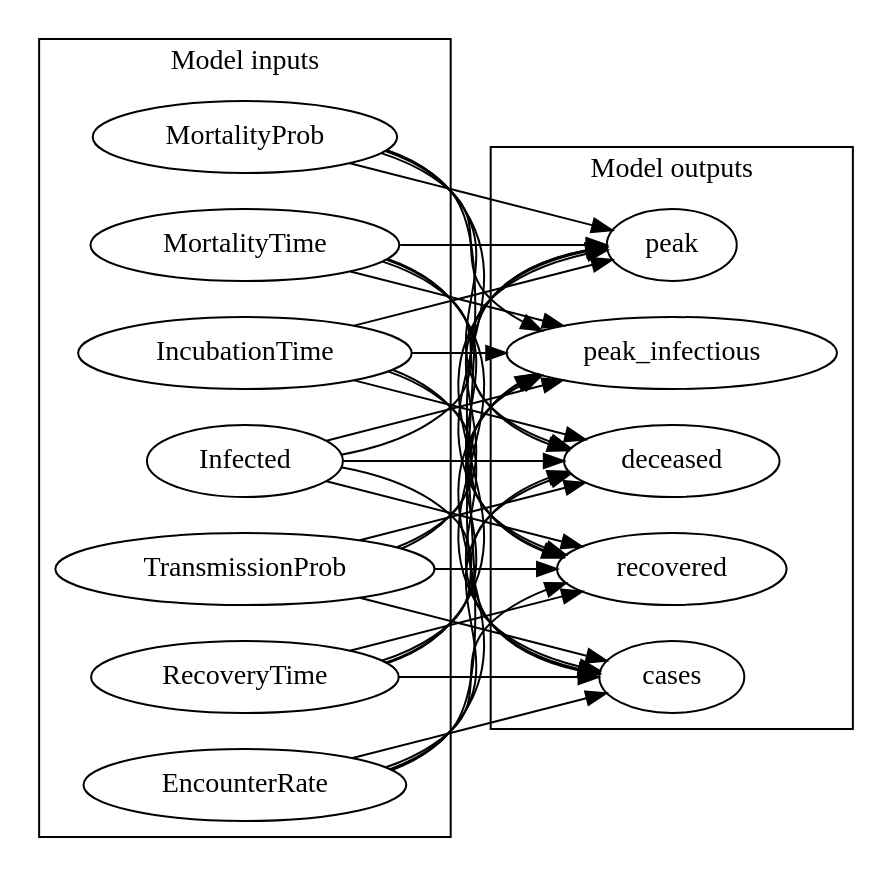
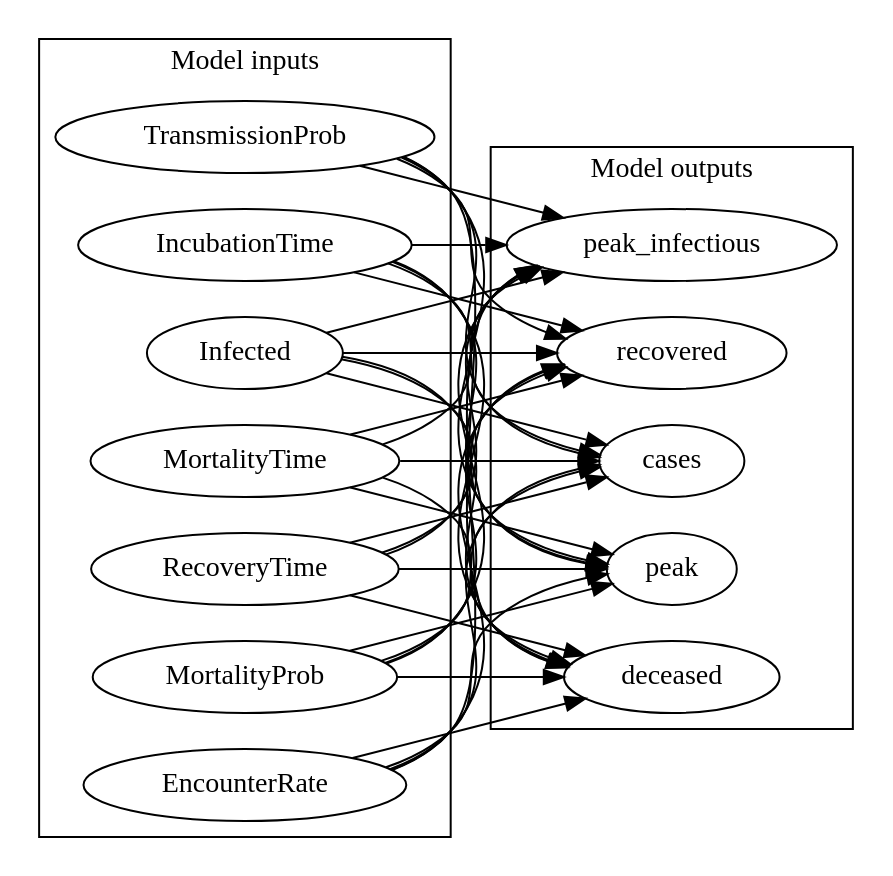
The diagram in scenarios/influenza1918/dags/influenza1918_abstract.dot (CITCOM-project/causcumber), drawn with Graphviz before and after one commit. The commit also changed other lines of this file and 15 other files, not shown here.

```diff
--- a/scenarios/influenza1918/dags/influenza1918_abstract.dot
+++ b/scenarios/influenza1918/dags/influenza1918_abstract.dot
@@ -1,58 +1,58 @@
 digraph "" {
 	graph [newrank=True,
 		rankdir=LR
 	];
-	subgraph cluster_inputs {
-		graph [label="Model inputs"];
-		TransmissionProb;
-		RecoveryTime;
-		EncounterRate;
-		MortalityProb;
-		MortalityTime;
-		IncubationTime;
-		Infected;
-	}
 	subgraph cluster_outputs {
 		graph [label="Model outputs"];
+		deceased;
+		peak_infectious;
 		recovered;
 		cases;
 		peak;
-		peak_infectious;
-		deceased;
 	}
+	subgraph cluster_inputs {
+		graph [label="Model inputs"];
+		RecoveryTime;
+		MortalityProb;
+		EncounterRate;
+		TransmissionProb;
+		IncubationTime;
+		Infected;
+		MortalityTime;
+	}
+	RecoveryTime -> deceased;
+	RecoveryTime -> peak_infectious;
+	RecoveryTime -> recovered;
+	RecoveryTime -> cases;
+	RecoveryTime -> peak;
+	MortalityProb -> deceased;
+	MortalityProb -> peak_infectious;
+	MortalityProb -> recovered;
+	MortalityProb -> cases;
+	MortalityProb -> peak;
+	EncounterRate -> deceased;
+	EncounterRate -> peak_infectious;
+	EncounterRate -> recovered;
+	EncounterRate -> cases;
+	EncounterRate -> peak;
+	TransmissionProb -> deceased;
+	TransmissionProb -> peak_infectious;
 	TransmissionProb -> recovered;
 	TransmissionProb -> cases;
 	TransmissionProb -> peak;
-	TransmissionProb -> peak_infectious;
-	TransmissionProb -> deceased;
-	RecoveryTime -> recovered;
-	RecoveryTime -> cases;
-	RecoveryTime -> peak;
-	RecoveryTime -> peak_infectious;
-	RecoveryTime -> deceased;
-	EncounterRate -> recovered;
-	EncounterRate -> cases;
-	EncounterRate -> peak;
-	EncounterRate -> peak_infectious;
-	EncounterRate -> deceased;
-	MortalityProb -> recovered;
-	MortalityProb -> cases;
-	MortalityProb -> peak;
-	MortalityProb -> peak_infectious;
-	MortalityProb -> deceased;
+	IncubationTime -> deceased;
+	IncubationTime -> peak_infectious;
+	IncubationTime -> recovered;
+	IncubationTime -> cases;
+	IncubationTime -> peak;
+	Infected -> deceased;
+	Infected -> peak_infectious;
+	Infected -> recovered;
+	Infected -> cases;
+	Infected -> peak;
+	MortalityTime -> deceased;
+	MortalityTime -> peak_infectious;
 	MortalityTime -> recovered;
 	MortalityTime -> cases;
 	MortalityTime -> peak;
-	MortalityTime -> peak_infectious;
-	MortalityTime -> deceased;
-	IncubationTime -> recovered;
-	IncubationTime -> cases;
-	IncubationTime -> peak;
-	IncubationTime -> peak_infectious;
-	IncubationTime -> deceased;
-	Infected -> recovered;
-	Infected -> cases;
-	Infected -> peak;
-	Infected -> peak_infectious;
-	Infected -> deceased;
 }
```
